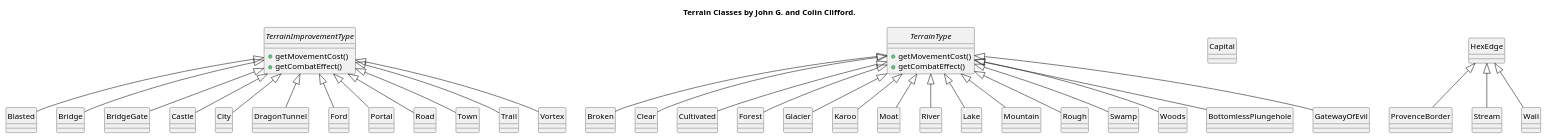
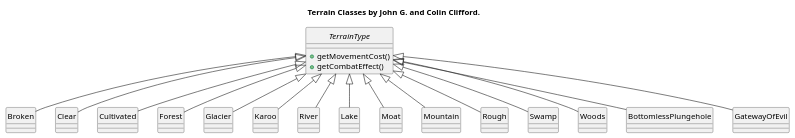
Before and after one commit to cjeffery/sworsorc: the diagram in doc/hw3/B/ClassDiagrams/TerrainClasses.pu, drawn with PlantUML. The commit also changed 4 other files, not shown here.

Commit message:
B: Cleaned up terrain diagram. Added spells diagram dictionary

```diff
--- a/doc/hw3/B/ClassDiagrams/TerrainClasses.pu
+++ b/doc/hw3/B/ClassDiagrams/TerrainClasses.pu
@@ -1,78 +1,26 @@
 @startuml
 title Terrain Classes by John G. and Colin Clifford.
 hide circle
-
-interface TerrainImprovementType {
-+getMovementCost()
-+getCombatEffect()
-}
 
 interface TerrainType {
 +getMovementCost()
 +getCombatEffect()
 }
-
-class Blasted
-class Bridge
-class BridgeGate
-class Broken
-class Capital
-class Castle
-class City
-class Clear
-class Cultivated
-class DragonTunnel
-class Ford
-class Forest
-class Glacier
-class Karoo
-class Moat
-class River
-class Lake
-class Mountain
-class Portal
-class ProvenceBorder
-class Road
-class Rough
-class Stream
-class Swamp
-class Town
-class Trail
-class Vortex
-class Wall
-class Woods
-
-TerrainImprovementType <|-- Blasted
-TerrainImprovementType <|-- Bridge
-TerrainImprovementType <|-- BridgeGate
-TerrainImprovementType <|-- Castle
-TerrainImprovementType <|-- City
-TerrainImprovementType <|-- DragonTunnel
-TerrainImprovementType <|-- Ford
-TerrainImprovementType <|-- Portal
-TerrainImprovementType <|-- Road
-TerrainImprovementType <|-- Town
-TerrainImprovementType <|-- Trail
-TerrainImprovementType <|-- Vortex
 
 TerrainType <|-- Broken
 TerrainType <|-- Clear
 TerrainType <|-- Cultivated
 TerrainType <|-- Forest
 TerrainType <|-- Glacier
 TerrainType <|-- Karoo
 TerrainType <|-- River
 TerrainType <|-- Lake
 TerrainType <|-- Moat
 TerrainType <|-- Mountain
 TerrainType <|-- Rough
 TerrainType <|-- Swamp
 TerrainType <|-- Woods
 TerrainType <|-- BottomlessPlungehole
 TerrainType <|-- GatewayOfEvil
 
-HexEdge <|-- ProvenceBorder
-HexEdge <|-- Stream
-HexEdge <|-- Wall
-
 @enduml
```
